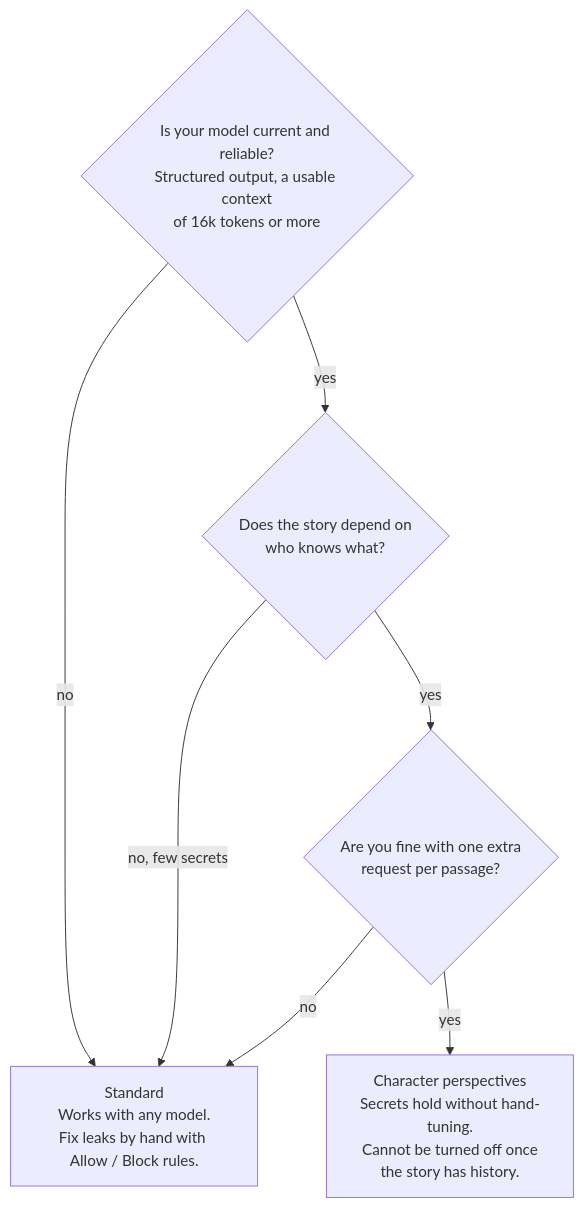
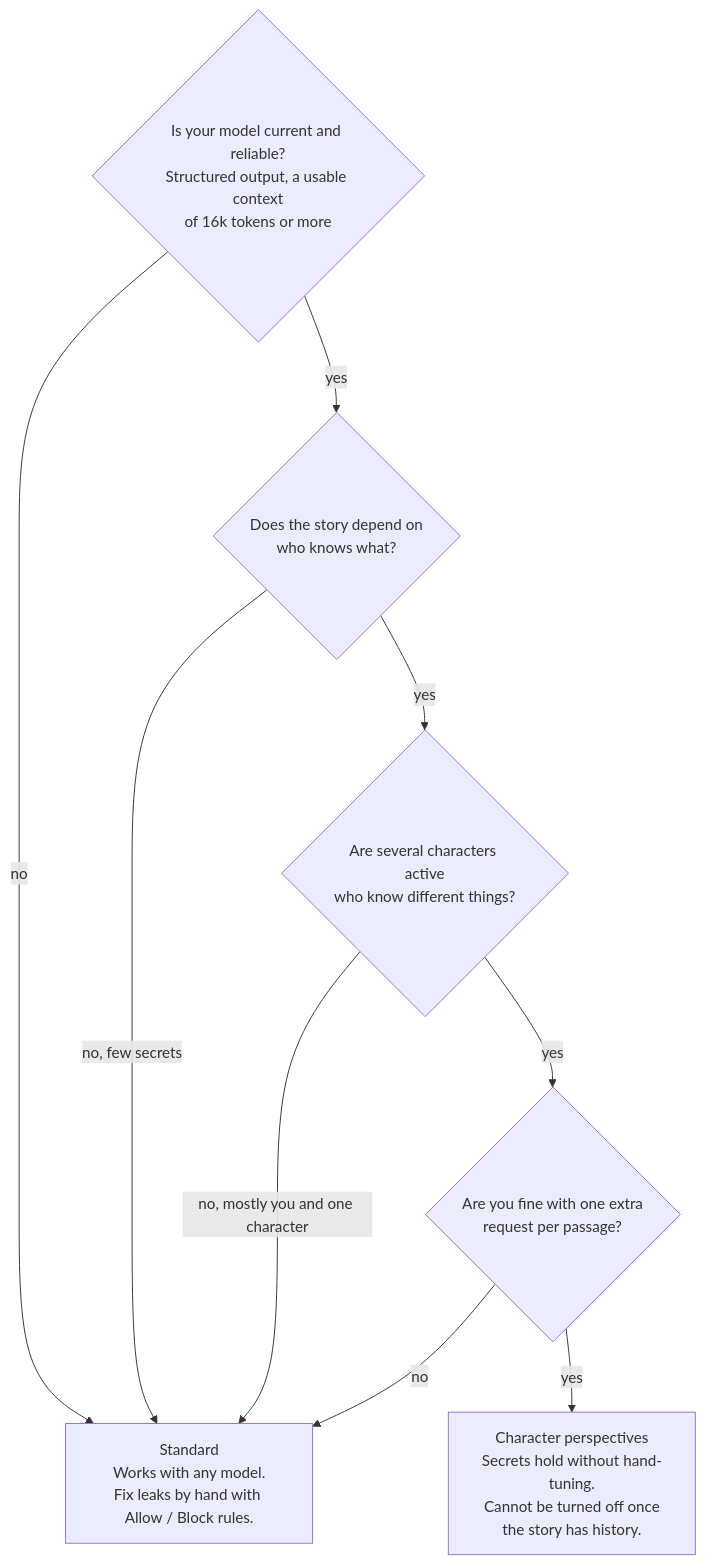
One commit to vegu-ai/talemate changed the fifth of 5 diagrams in docs/user-guide/world-editor/knowledge-how-it-works.md. Above: the diagram before and after it, drawn with Mermaid. The commit also changed other lines of this file and 19 other files, not shown here.

````diff
--- a/docs/user-guide/world-editor/knowledge-how-it-works.md
+++ b/docs/user-guide/world-editor/knowledge-how-it-works.md
@@ -175,9 +176,11 @@
 ```mermaid
 flowchart TD
     Q1{"Is your model current and reliable?<br/>Structured output, a usable context<br/>of 16k tokens or more"} -- "no" --> STD["Standard<br/>Works with any model.<br/>Fix leaks by hand with Allow / Block rules."]
     Q1 -- "yes" --> Q2{"Does the story depend on<br/>who knows what?"}
     Q2 -- "no, few secrets" --> STD
-    Q2 -- "yes" --> Q3{"Are you fine with one extra<br/>request per passage?"}
+    Q2 -- "yes" --> Q2b{"Are several characters active<br/>who know different things?"}
+    Q2b -- "no, mostly you and one character" --> STD
+    Q2b -- "yes" --> Q3{"Are you fine with one extra<br/>request per passage?"}
     Q3 -- "no" --> STD
     Q3 -- "yes" --> CP["Character perspectives<br/>Secrets hold without hand-tuning.<br/>Cannot be turned off once<br/>the story has history."]
 ```
````
